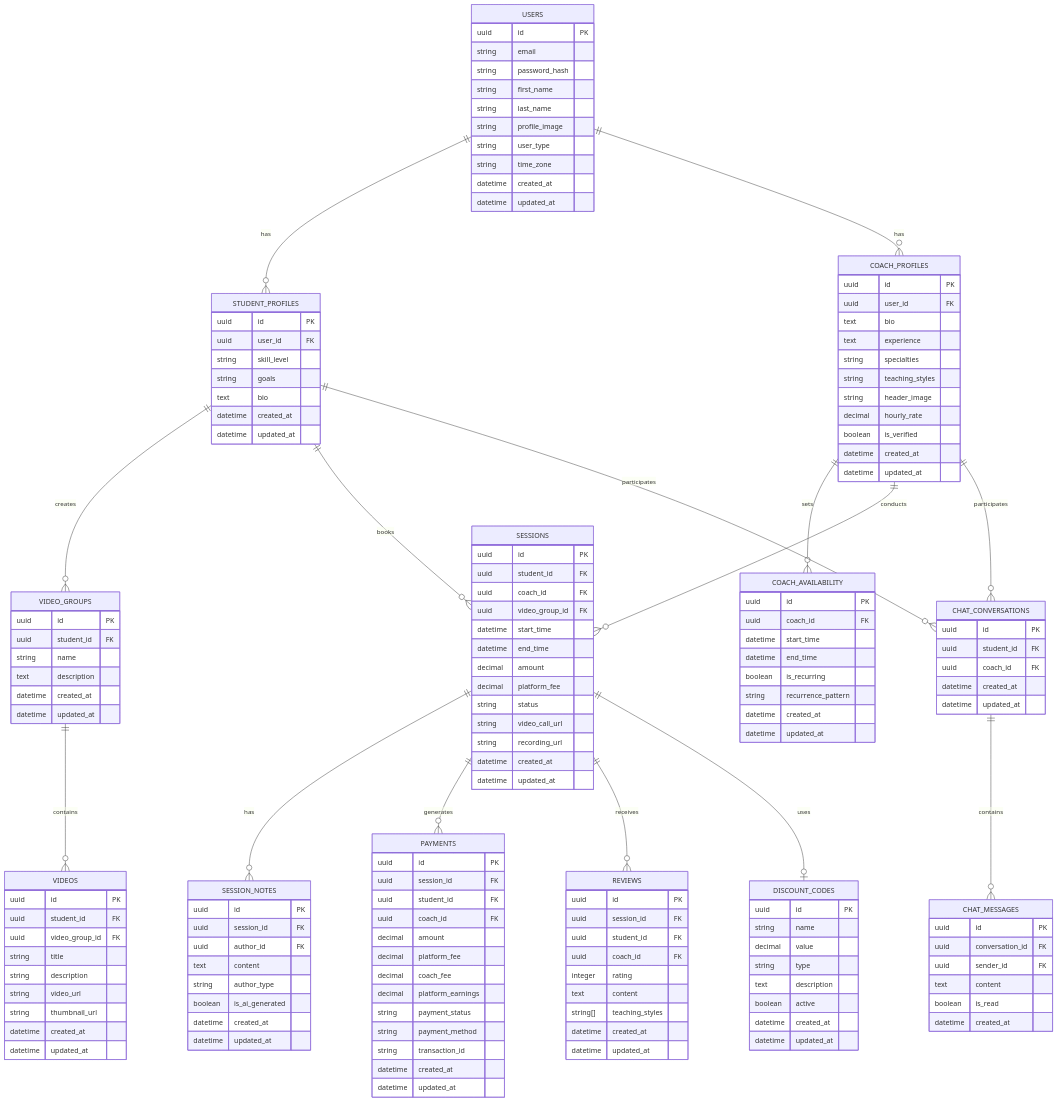
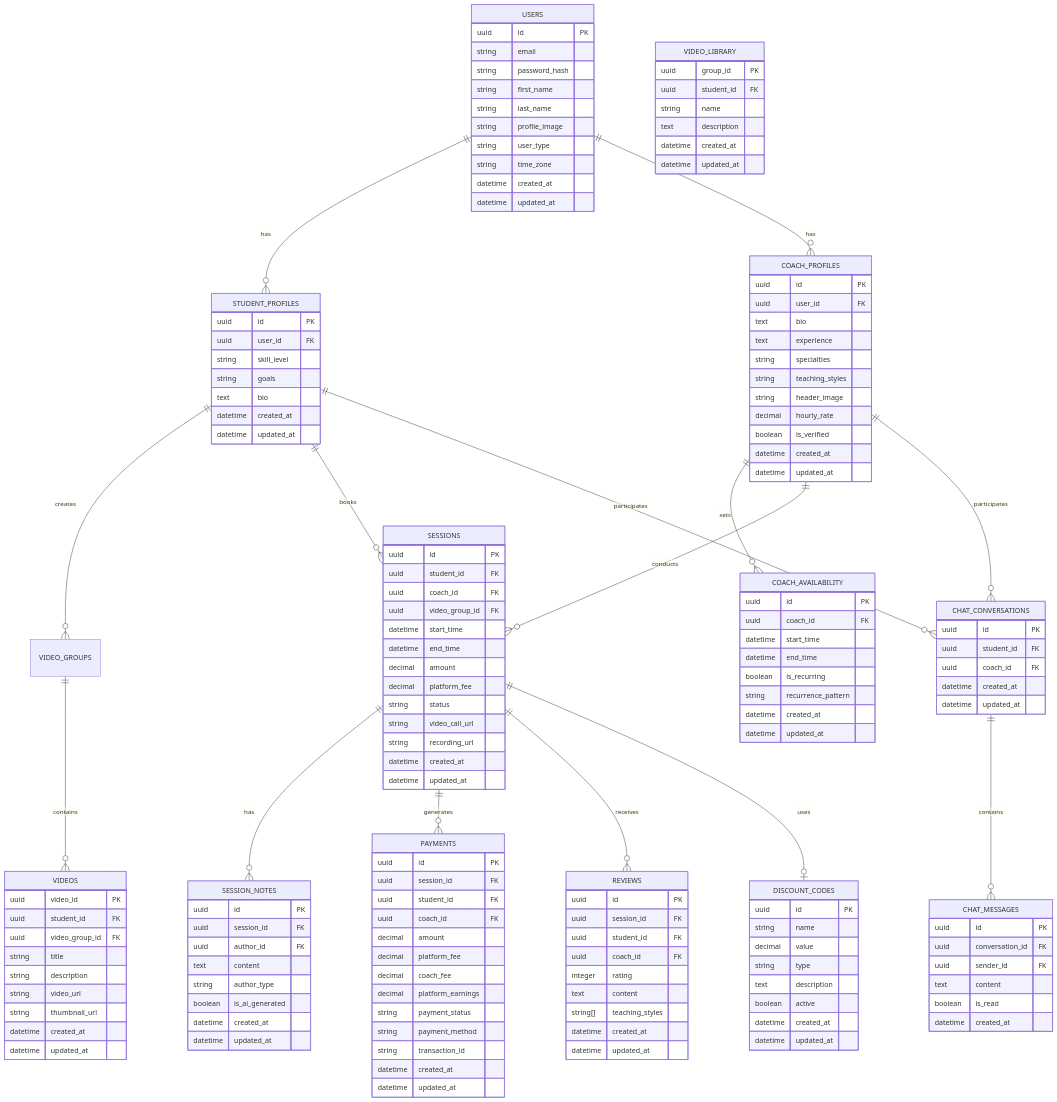
Before and after one commit to sumanthneerumalla/shuttleMentor: the diagram in designFiles/database-schema.mermaid, drawn with Mermaid. The commit also changed 8 other files, not shown here.

```diff
--- a/designFiles/database-schema.mermaid
+++ b/designFiles/database-schema.mermaid
@@ -1,168 +1,168 @@
 erDiagram
     USERS {
         uuid id PK
         string email
         string password_hash
         string first_name
         string last_name
         string profile_image
         string user_type
         string time_zone
         datetime created_at
         datetime updated_at
     }
     
     DISCOUNT_CODES {
         uuid id PK
         string name
         decimal value
         string type
         text description
         boolean active
         datetime created_at
         datetime updated_at
     }
 
     STUDENT_PROFILES {
         uuid id PK
         uuid user_id FK
         string skill_level
         string goals
         text bio
         datetime created_at
         datetime updated_at
     }
     
     COACH_PROFILES {
         uuid id PK
         uuid user_id FK
         text bio
         text experience
         string specialties
         string teaching_styles
         string header_image
         decimal hourly_rate
         boolean is_verified
         datetime created_at
         datetime updated_at
     }
     
     COACH_AVAILABILITY {
         uuid id PK
         uuid coach_id FK
         datetime start_time
         datetime end_time
         boolean is_recurring
         string recurrence_pattern
         datetime created_at
         datetime updated_at
     }
     
     VIDEOS {
-        uuid id PK
+        uuid video_id PK
         uuid student_id FK
         uuid video_group_id FK
         string title
         string description
         string video_url
         string thumbnail_url
         datetime created_at
         datetime updated_at
     }
     
-    VIDEO_GROUPS {
-        uuid id PK
+    VIDEO_LIBRARY {
+        uuid group_id PK
         uuid student_id FK
         string name
         text description
         datetime created_at
         datetime updated_at
     }
     
     SESSIONS {
         uuid id PK
         uuid student_id FK
         uuid coach_id FK
         uuid video_group_id FK
         datetime start_time
         datetime end_time
         decimal amount
         decimal platform_fee
         string status
         string video_call_url
         string recording_url
         datetime created_at
         datetime updated_at
     }
     
     SESSION_NOTES {
         uuid id PK
         uuid session_id FK
         uuid author_id FK
         text content
         string author_type
         boolean is_ai_generated
         datetime created_at
         datetime updated_at
     }
     
     PAYMENTS {
         uuid id PK
         uuid session_id FK
         uuid student_id FK
         uuid coach_id FK
         decimal amount
         decimal platform_fee
         decimal coach_fee
         decimal platform_earnings
         string payment_status
         string payment_method
         string transaction_id
         datetime created_at
         datetime updated_at
     }
     
     REVIEWS {
         uuid id PK
         uuid session_id FK
         uuid student_id FK
         uuid coach_id FK
         integer rating
         text content
         string[] teaching_styles
         datetime created_at
         datetime updated_at
     }
     
     CHAT_CONVERSATIONS {
         uuid id PK
         uuid student_id FK
         uuid coach_id FK
         datetime created_at
         datetime updated_at
     }
     
     CHAT_MESSAGES {
         uuid id PK
         uuid conversation_id FK
         uuid sender_id FK
         text content
         boolean is_read
         datetime created_at
     }
     
     
     USERS ||--o{ STUDENT_PROFILES : has
     USERS ||--o{ COACH_PROFILES : has
     COACH_PROFILES ||--o{ COACH_AVAILABILITY : sets
     STUDENT_PROFILES ||--o{ VIDEO_GROUPS : creates
     VIDEO_GROUPS ||--o{ VIDEOS : contains
     STUDENT_PROFILES ||--o{ SESSIONS : books
     COACH_PROFILES ||--o{ SESSIONS : conducts
     SESSIONS ||--o{ SESSION_NOTES : has
     SESSIONS ||--o{ PAYMENTS : generates
     SESSIONS ||--o{ REVIEWS : receives
     STUDENT_PROFILES ||--o{ CHAT_CONVERSATIONS : participates
     COACH_PROFILES ||--o{ CHAT_CONVERSATIONS : participates
     CHAT_CONVERSATIONS ||--o{ CHAT_MESSAGES : contains
     SESSIONS ||--o| DISCOUNT_CODES : uses
```
